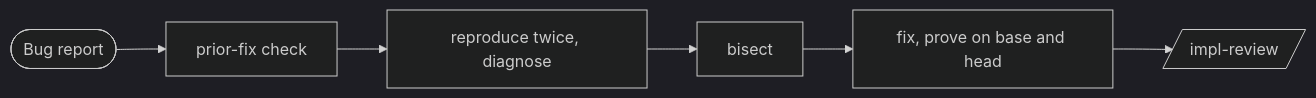
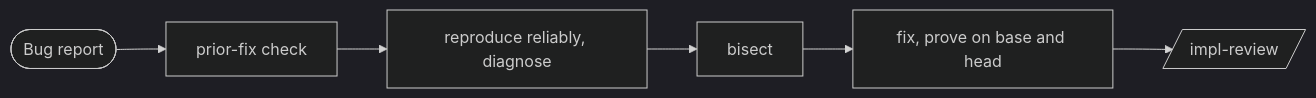
One commit to glowElephant/flow-next changed the fourth of 6 diagrams in plugins/flow-next/codex/docs/flow-next/pipeline-variations.md. Above: the diagram before and after it, drawn with Mermaid (dark theme). The commit also changed other lines of this file and 28 other files, not shown here.

````diff
--- a/plugins/flow-next/codex/docs/flow-next/pipeline-variations.md
+++ b/plugins/flow-next/codex/docs/flow-next/pipeline-variations.md
@@ -119,4 +119,4 @@
 ```mermaid
 flowchart LR
-    R([Bug report]) --> P[prior-fix check] --> D[reproduce twice, diagnose] --> B[bisect] --> F[fix, prove on base and head] --> Rev[/impl-review/]
+    R([Bug report]) --> P[prior-fix check] --> D[reproduce reliably, diagnose] --> B[bisect] --> F[fix, prove on base and head] --> Rev[/impl-review/]
 ```
````
